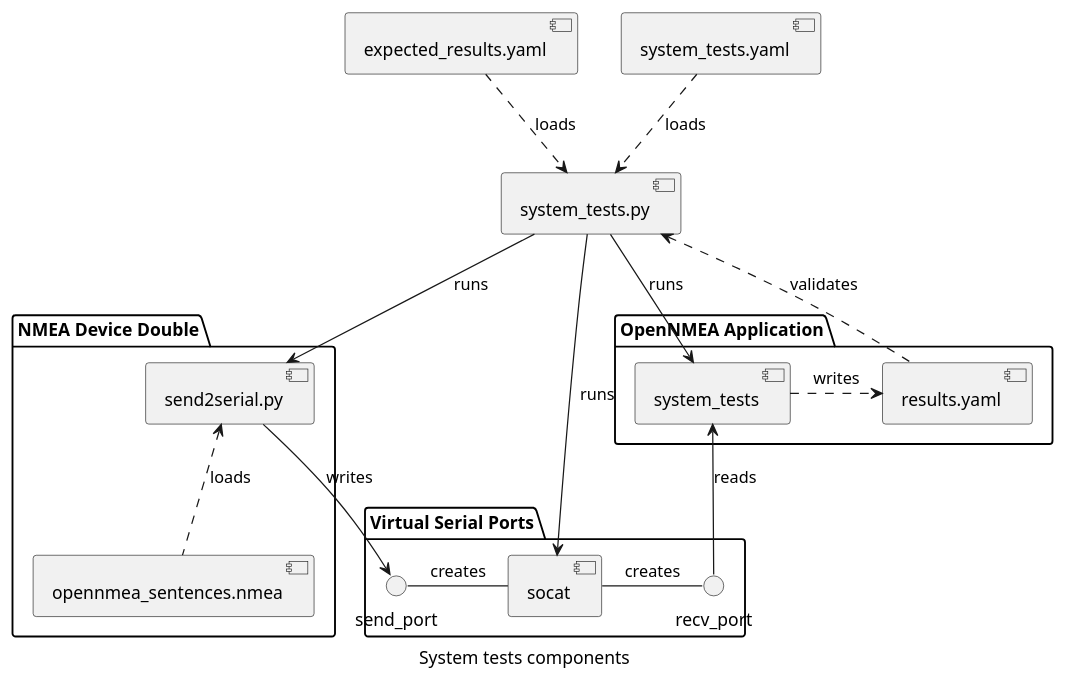
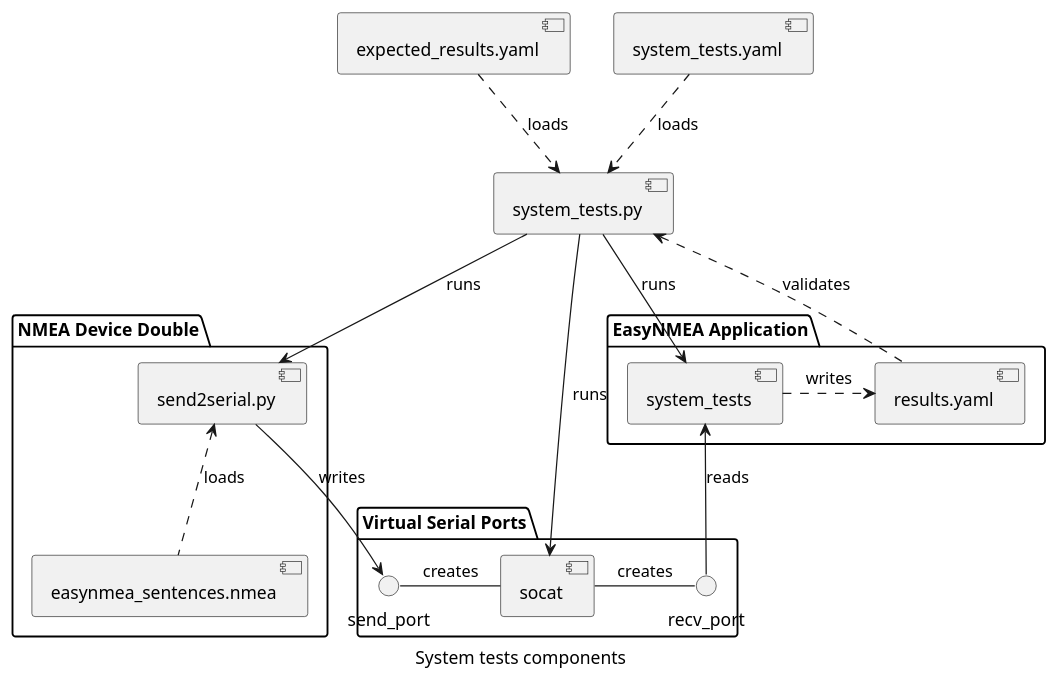
Before and after one commit to EduPonz/easynmea: the diagram in docs/uml/system_tests_arch.puml, drawn with PlantUML. The commit also changed 80 other files, not shown here.

Commit message:
Rename to EasyNMEA (#58)

```diff
--- a/docs/uml/system_tests_arch.puml
+++ b/docs/uml/system_tests_arch.puml
@@ -1,30 +1,30 @@
 @startuml
 
 caption System tests components
 
 [system_tests.py] <.up. [system_tests.yaml] : loads
 [system_tests.py] <.up. [expected_results.yaml] : loads
 
 package "NMEA Device Double" as nmea_device {
-    [send2serial.py] <.. [opennmea_sentences.nmea] : loads
+    [send2serial.py] <.. [easynmea_sentences.nmea] : loads
 }
 
 package "Virtual Serial Ports" as virtual_ports {
     send_port - [socat] : creates
     [socat] - recv_port : creates
 }
 
-package "OpenNMEA Application" as opennmea_app {
+package "EasyNMEA Application" as easynmea_app {
     [system_tests] .> [results.yaml] : writes
 }
 
 [send2serial.py] -down-> send_port : writes
 recv_port -up-> [system_tests] : reads
 
 [system_tests.py] --> [send2serial.py] : runs
 [system_tests.py] --> [socat] : runs
 [system_tests.py] --> [system_tests] : runs
 
 [system_tests.py] <.. [results.yaml] : validates
 
 @enduml
```
